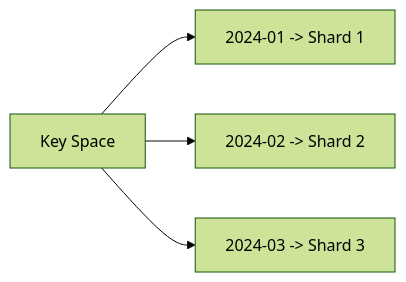
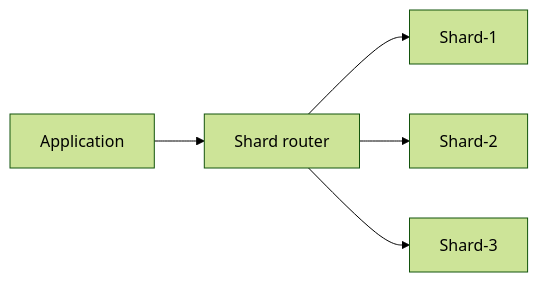
The sixth of 44 diagrams in 05-distributed-databases/README.md (hareramcse/SystemDesign), drawn with Mermaid (forest theme) before and after one commit. The commit also changed other lines of this file, not shown here.

````diff
--- a/05-distributed-databases/README.md
+++ b/05-distributed-databases/README.md
@@ -407,6 +392,7 @@
 ```mermaid
 flowchart LR
-    Keys[Key Space] --> R1[2024-01 -> Shard 1]
-    Keys --> R2[2024-02 -> Shard 2]
-    Keys --> R3[2024-03 -> Shard 3]
+    App[Application] --> Router[Shard router]
+    Router --> S1[Shard-1]
+    Router --> S2[Shard-2]
+    Router --> S3[Shard-3]
 ```
````
